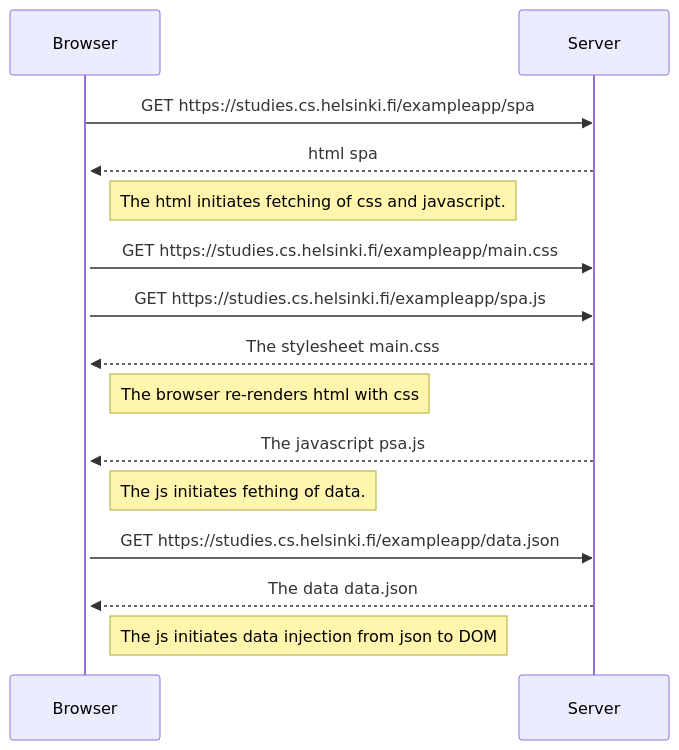
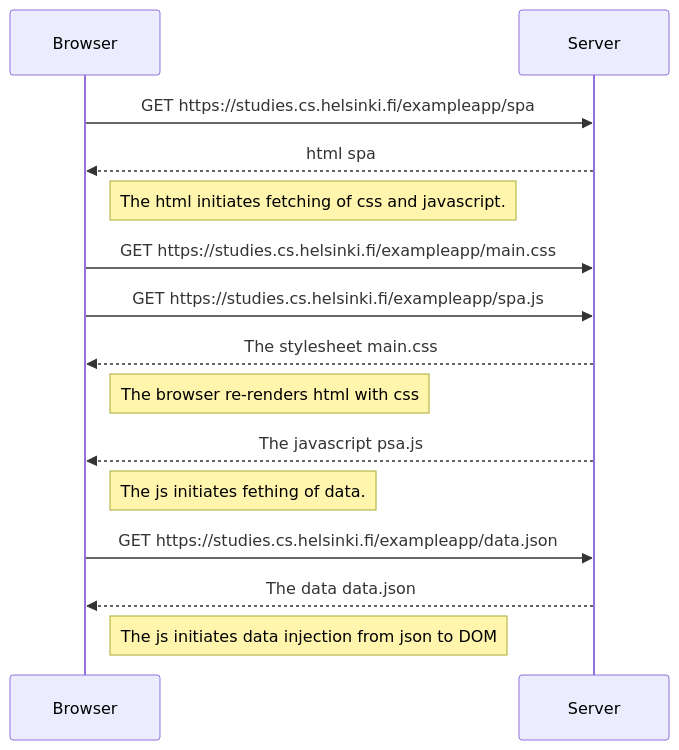
One commit to vjorma/ex changed the diagram in part0/0_5_single_page.md. Above: the diagram before and after it, drawn with Mermaid.

Commit message:
removed extraneous activate statement

````diff
--- a/part0/0_5_single_page.md
+++ b/part0/0_5_single_page.md
@@ -10,26 +10,25 @@
 ```mermaid
 sequenceDiagram
 
     %% Set aliases to make source code shorter
     %%
     participant B as Browser
     participant S as Server
 
     B ->> S: GET https://studies.cs.helsinki.fi/exampleapp/spa
-    Activate B
 
     S -->> B: html spa
     Note right of B: The html initiates fetching of css and javascript.
     
     B ->> S: GET https://studies.cs.helsinki.fi/exampleapp/main.css
     B ->> S: GET https://studies.cs.helsinki.fi/exampleapp/spa.js
     S -->> B: The stylesheet main.css
     Note right of B: The browser re-renders html with css
     
     S -->> B: The javascript psa.js
     Note right of B: The js initiates fething of data.
     B ->> S: GET https://studies.cs.helsinki.fi/exampleapp/data.json
     S -->> B: The data data.json
     Note right of B: The js initiates data injection from json to DOM
     
 ```
````
